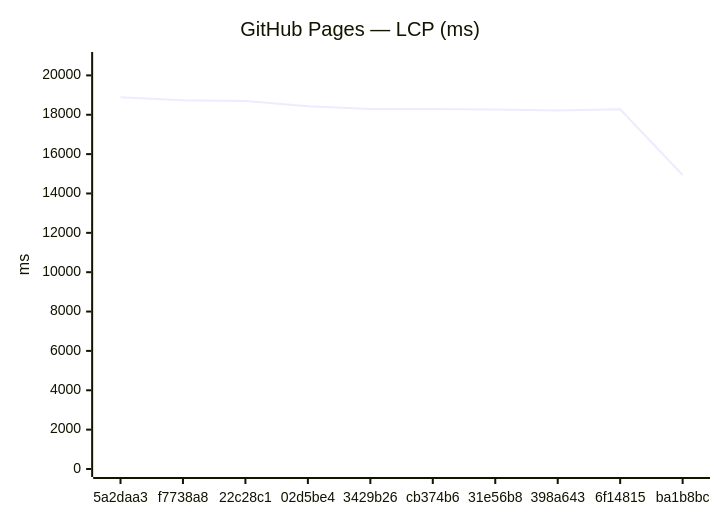
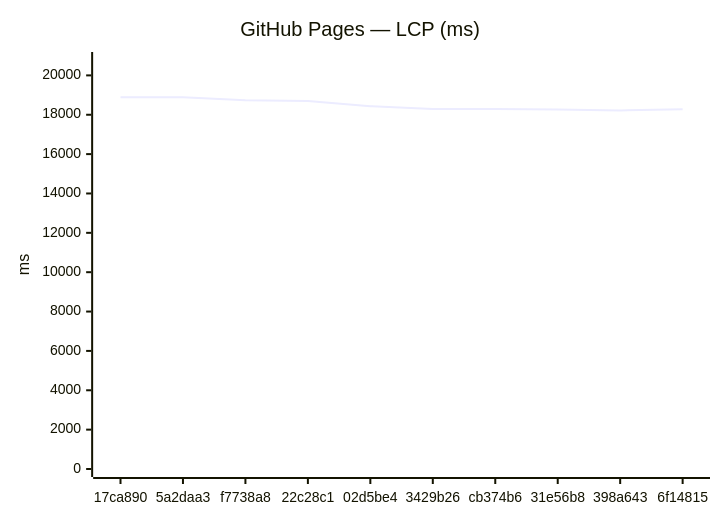
Before and after one commit to Metaheurist/Rianell: the third of 18 diagrams in benchmarks/compare.md, drawn with Mermaid. The commit also changed other lines of this file and 11 other files, not shown here.

````diff
--- a/benchmarks/compare.md
+++ b/benchmarks/compare.md
@@ -54,7 +54,7 @@
 ```mermaid
 xychart-beta
     title "GitHub Pages — LCP (ms)"
-    x-axis ["5a2daa3", "f7738a8", "22c28c1", "02d5be4", "3429b26", "cb374b6", "31e56b8", "398a643", "6f14815", "ba1b8bc"]
+    x-axis ["17ca890", "5a2daa3", "f7738a8", "22c28c1", "02d5be4", "3429b26", "cb374b6", "31e56b8", "398a643", "6f14815"]
     y-axis "ms" 0 --> 20782
-    line [18892, 18741, 18704, 18438, 18287, 18290, 18265, 18222, 18275, 14936]
+    line [18888, 18892, 18741, 18704, 18438, 18287, 18290, 18265, 18222, 18275]
 ```
````
